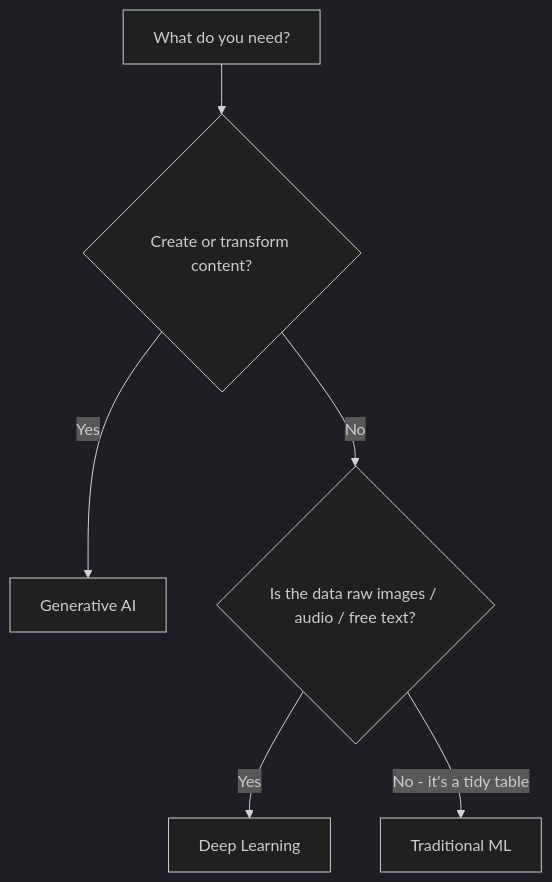
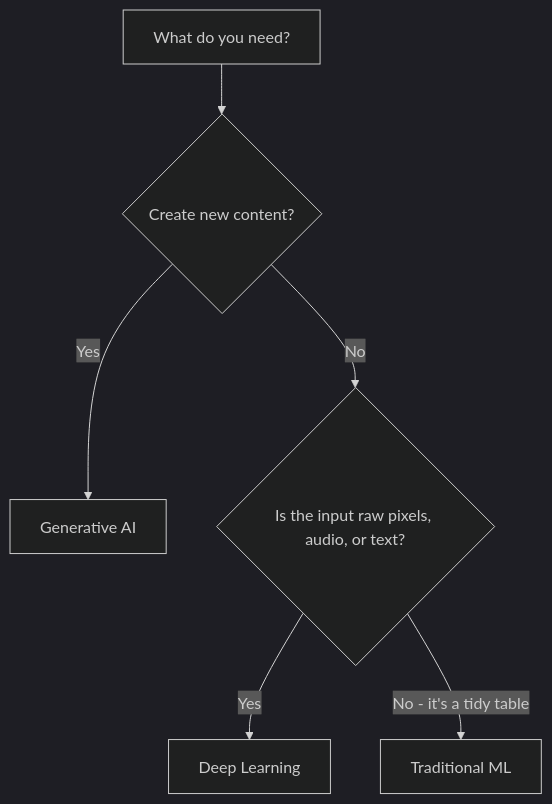
One commit to snotani/ai-training-platform changed the sixth of 6 diagrams in src/content/lessons/1.1.mdx. Above: the diagram before and after it, drawn with Mermaid (dark theme). The commit also changed other lines of this file and 6 other files, not shown here.

````diff
--- a/src/content/lessons/1.1.mdx
+++ b/src/content/lessons/1.1.mdx
@@ -141,8 +158,8 @@
 ```mermaid
 flowchart TD
-  start["What do you need?"] --> q1{"Create or transform content?"}
+  start["What do you need?"] --> q1{"Create new content?"}
   q1 -->|"Yes"| gen["Generative AI"]
-  q1 -->|"No"| q2{"Is the data raw images / audio / free text?"}
+  q1 -->|"No"| q2{"Is the input raw pixels, audio, or text?"}
   q2 -->|"Yes"| dl["Deep Learning"]
   q2 -->|"No - it's a tidy table"| ml["Traditional ML"]
 ```
````
